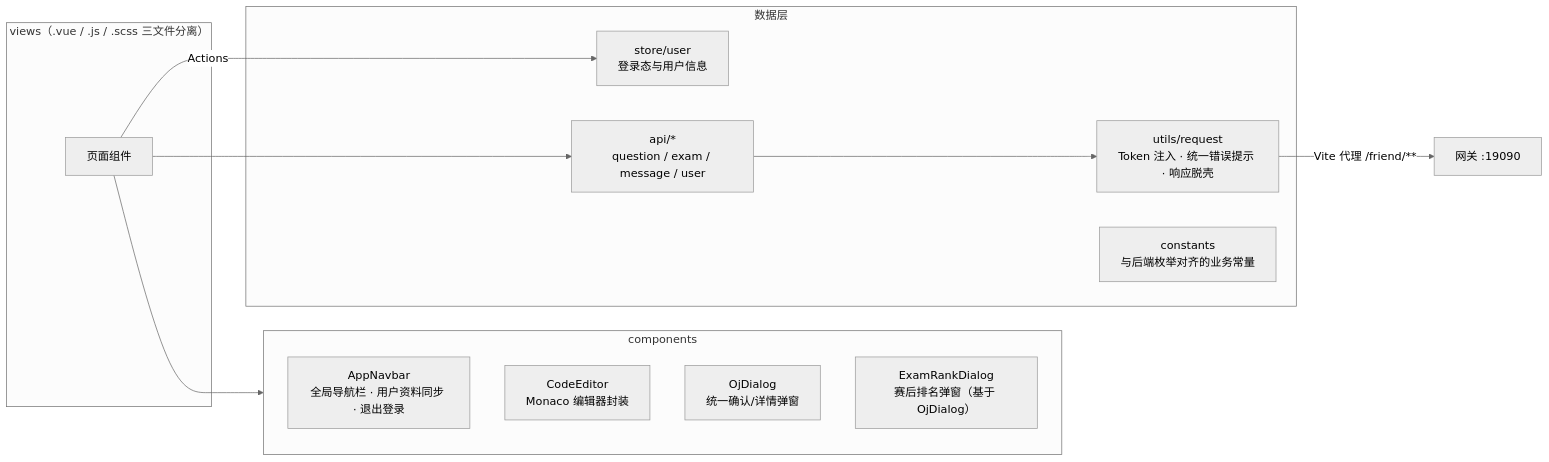
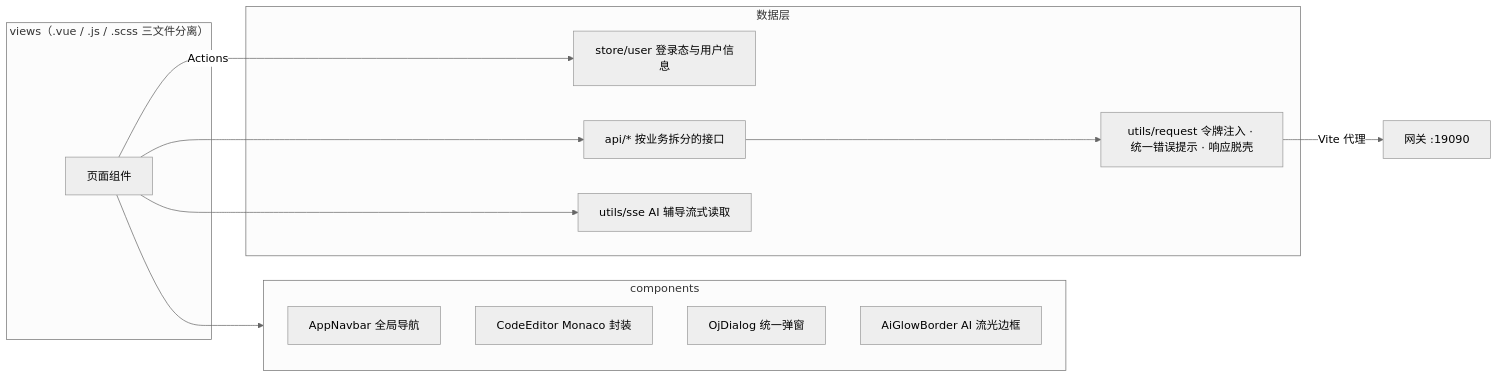
One commit to pluchon/online_oj_vue changed the eighth of 10 diagrams in README.md. Above: the diagram before and after it, drawn with Mermaid (neutral theme). The commit also changed other lines of this file and 20 other files, not shown here.

````diff
--- a/README.md
+++ b/README.md
@@ -199,24 +245,23 @@
 ```mermaid
 flowchart LR
     subgraph View["views（.vue / .js / .scss 三文件分离）"]
         Pages["页面组件"]
     end
     subgraph Comp["components"]
-        AppNavbar["AppNavbar<br/>全局导航栏 · 用户资料同步 · 退出登录"]
-        CodeEditor["CodeEditor<br/>Monaco 编辑器封装"]
-        OjDialog["OjDialog<br/>统一确认/详情弹窗"]
-        RankDialog["ExamRankDialog<br/>赛后排名弹窗（基于 OjDialog）"]
+        Navbar["AppNavbar 全局导航"]
+        Editor["CodeEditor Monaco 封装"]
+        Dialog["OjDialog 统一弹窗"]
+        Glow["AiGlowBorder AI 流光边框"]
     end
     subgraph Data["数据层"]
-        Store["store/user<br/>登录态与用户信息"]
-        Api["api/*<br/>question / exam / message / user"]
-        Request["utils/request<br/>Token 注入 · 统一错误提示 · 响应脱壳"]
-        Consts["constants<br/>与后端枚举对齐的业务常量"]
+        Store["store/user 登录态与用户信息"]
+        Api["api/* 按业务拆分的接口"]
+        Request["utils/request 令牌注入 · 统一错误提示 · 响应脱壳"]
+        Sse["utils/sse AI 辅导流式读取"]
     end
-
     Pages --> Comp
     Pages --"Actions"--> Store
-    Pages --> Api
-    Api --> Request
-    Request --"Vite 代理 /friend/**"--> Gateway["网关 :19090"]
+    Pages --> Api --> Request
+    Pages --> Sse
+    Request --"Vite 代理"--> Gateway["网关 :19090"]
 ```
````
